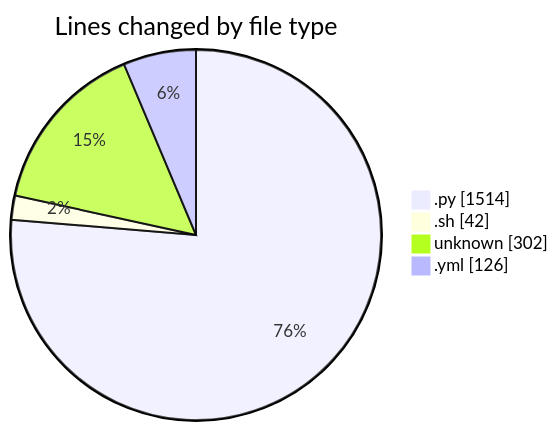
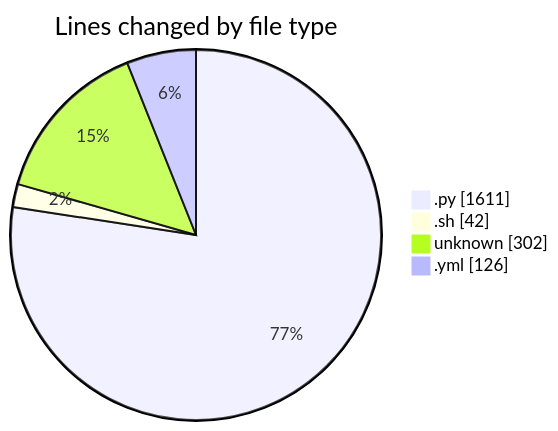
Before and after one commit to Elitesun/code-tracking: the first of 2 diagrams in 2025-05-14/niten/README.md, drawn with Mermaid. The commit also changed other lines of this file and 1 other file, not shown here.

````diff
--- a/2025-05-14/niten/README.md
+++ b/2025-05-14/niten/README.md
@@ -37,8 +42,8 @@
 ```mermaid
 pie showData
 title Lines changed by file type
-".py" : 1514
+".py" : 1611
 ".sh" : 42
 "unknown" : 302
 ".yml" : 126
 ```
````
